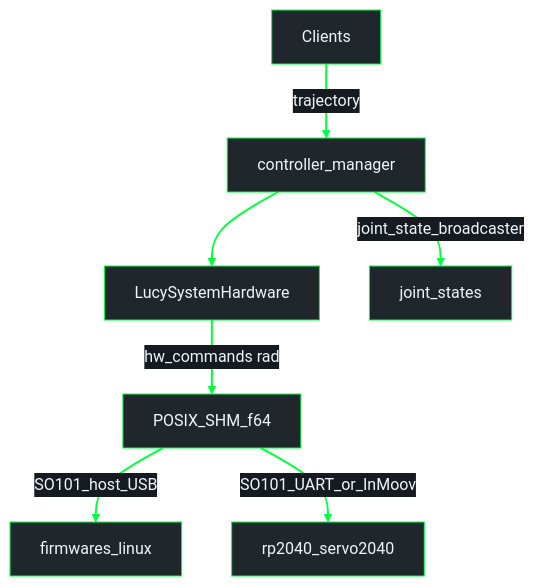
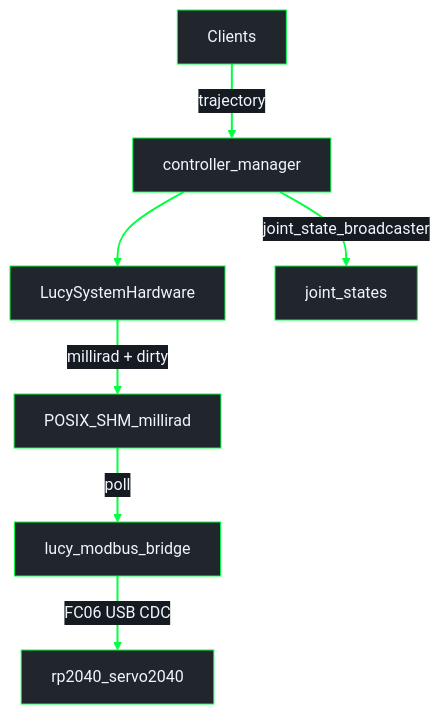
Before and after one commit to Lucy-Robotics/lucy_ros_packages: the diagram in docs/ROS2_CONTROL.md, drawn with Mermaid. The commit also changed other lines of this file and 3 other files, not shown here.

Commit message:
evol(architecture): lead with Modbus millirad path; label f64 as WIP

````diff
--- a/docs/ROS2_CONTROL.md
+++ b/docs/ROS2_CONTROL.md
@@ -55,19 +38,19 @@
 ```mermaid
 %%{init: {"theme": "base", "themeVariables": {"darkMode": true, "background": "#0d1117", "mainBkg": "#21262d", "primaryColor": "#21262d", "primaryTextColor": "#f0f6fc", "primaryBorderColor": "#00FF41", "secondaryColor": "#161b22", "secondaryTextColor": "#f0f6fc", "secondaryBorderColor": "#00FF41", "tertiaryColor": "#161b22", "tertiaryTextColor": "#f0f6fc", "tertiaryBorderColor": "#00FF41", "lineColor": "#00FF41", "textColor": "#f0f6fc", "nodeTextColor": "#f0f6fc", "edgeLabelBackground": "#161b22", "clusterBkg": "#0d1117", "clusterBorder": "#00FF41", "titleColor": "#f0f6fc"}}}%%
 flowchart TB
   Clients["Clients"]
   CM["controller_manager"]
   HI["LucySystemHardware"]
-  SHM["POSIX_SHM_f64"]
-  LinuxFW["firmwares_linux"]
-  S2040["rp2040_servo2040"]
+  SHM["POSIX_SHM_millirad"]
+  Bridge["lucy_modbus_bridge"]
+  FW["rp2040_servo2040"]
   JS["joint_states"]
 
   Clients -->|"trajectory"| CM
   CM --> HI
   CM -->|"joint_state_broadcaster"| JS
-  HI -->|"hw_commands rad"| SHM
-  SHM -->|"SO101_host_USB"| LinuxFW
-  SHM -->|"SO101_UART_or_InMoov"| S2040
+  HI -->|"millirad + dirty"| SHM
+  SHM -->|"poll"| Bridge
+  Bridge -->|"FC06 USB CDC"| FW
   linkStyle default stroke:#00FF41,stroke-width:2px
 ```
````
